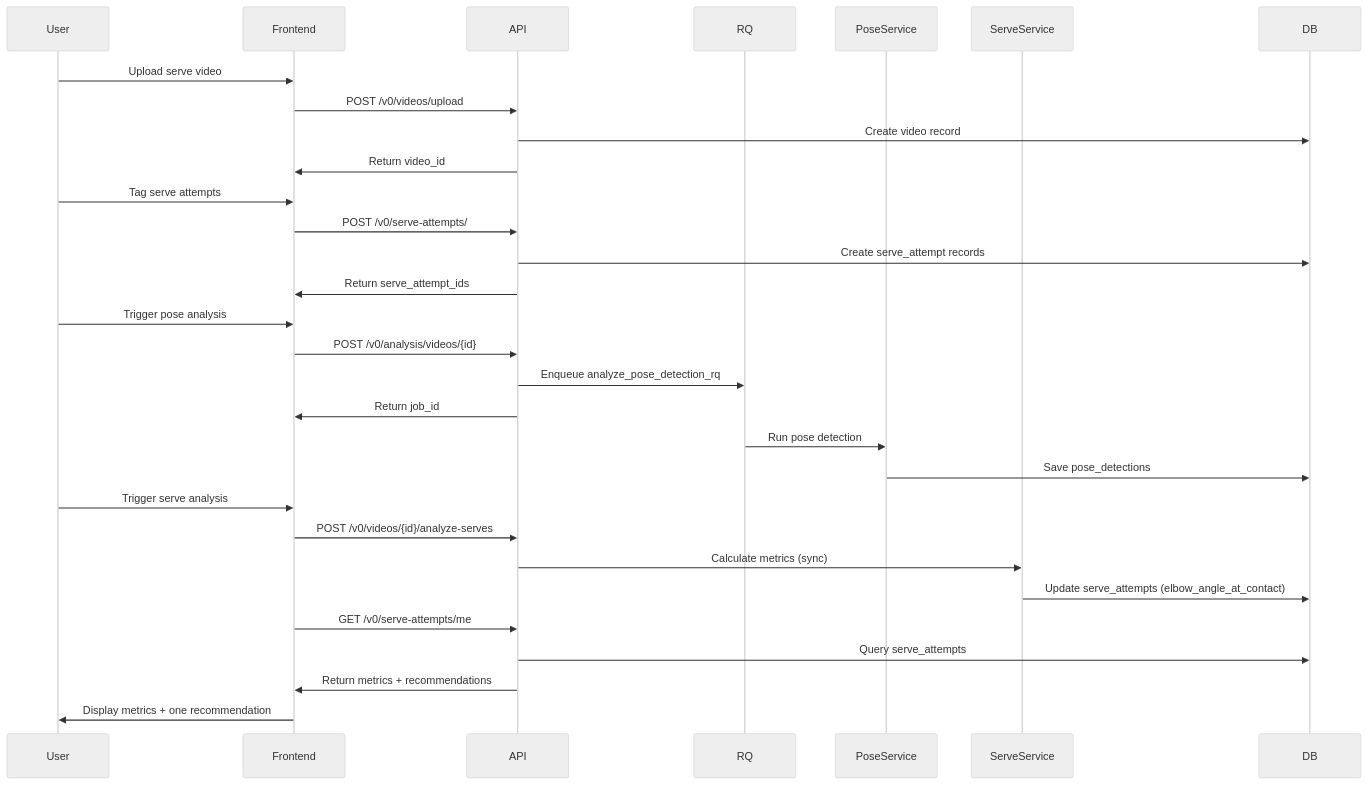
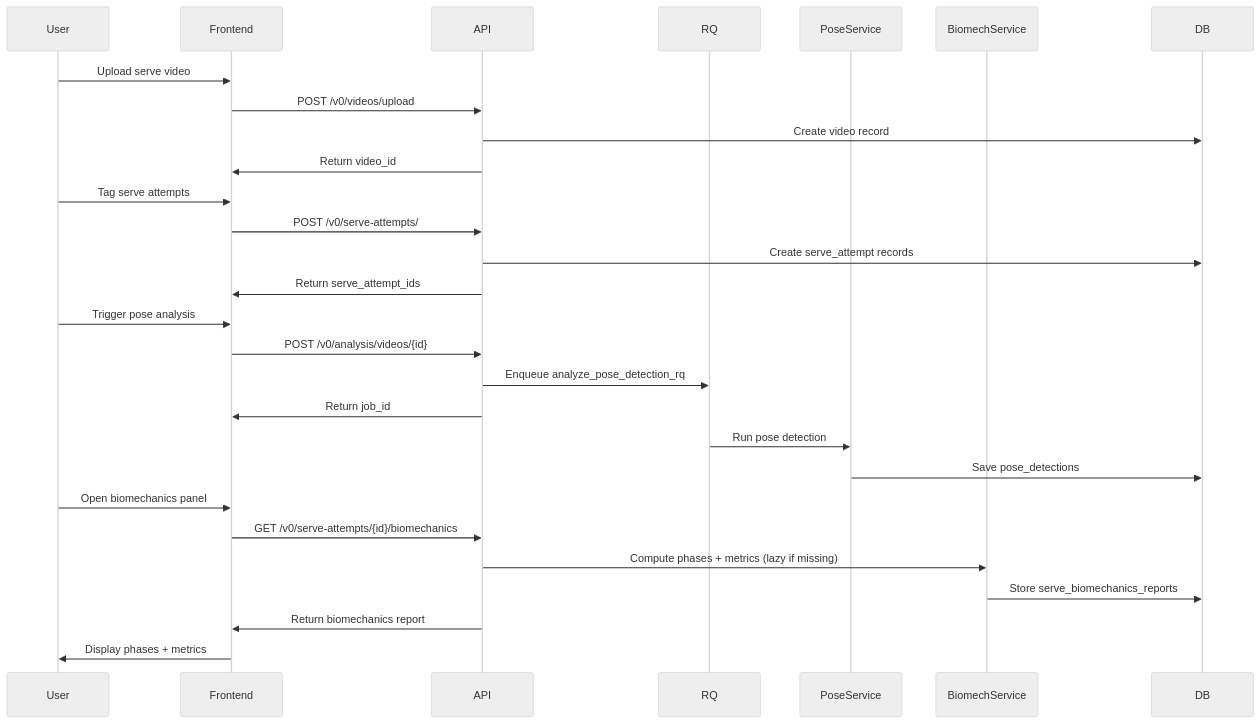
One commit to aseda-sam/tennis_coach_app changed the diagram in backend/docs/background-jobs.md. Above: the diagram before and after it, drawn with Mermaid (neutral theme). The commit also changed other lines of this file and 29 other files, not shown here.

Commit message:
Consolidate serve metrics under biomechanics

````diff
--- a/backend/docs/background-jobs.md
+++ b/backend/docs/background-jobs.md
@@ -10,38 +9,35 @@
 ```mermaid
 sequenceDiagram
     participant User
     participant Frontend
     participant API
     participant RQ
     participant PoseService
-    participant ServeService
+    participant BiomechService
     participant DB
 
     User->>Frontend: Upload serve video
     Frontend->>API: POST /v0/videos/upload
     API->>DB: Create video record
     API->>Frontend: Return video_id
 
     User->>Frontend: Tag serve attempts
     Frontend->>API: POST /v0/serve-attempts/
     API->>DB: Create serve_attempt records
     API->>Frontend: Return serve_attempt_ids
 
     User->>Frontend: Trigger pose analysis
     Frontend->>API: POST /v0/analysis/videos/{id}
     API->>RQ: Enqueue analyze_pose_detection_rq
     API->>Frontend: Return job_id
 
     RQ->>PoseService: Run pose detection
     PoseService->>DB: Save pose_detections
 
-    User->>Frontend: Trigger serve analysis
-    Frontend->>API: POST /v0/videos/{id}/analyze-serves
-    API->>ServeService: Calculate metrics (sync)
-    ServeService->>DB: Update serve_attempts (elbow_angle_at_contact)
-
-    Frontend->>API: GET /v0/serve-attempts/me
-    API->>DB: Query serve_attempts
-    API->>Frontend: Return metrics + recommendations
-    Frontend->>User: Display metrics + one recommendation
+    User->>Frontend: Open biomechanics panel
+    Frontend->>API: GET /v0/serve-attempts/{id}/biomechanics
+    API->>BiomechService: Compute phases + metrics (lazy if missing)
+    BiomechService->>DB: Store serve_biomechanics_reports
+    API->>Frontend: Return biomechanics report
+    Frontend->>User: Display phases + metrics
 ```
````
